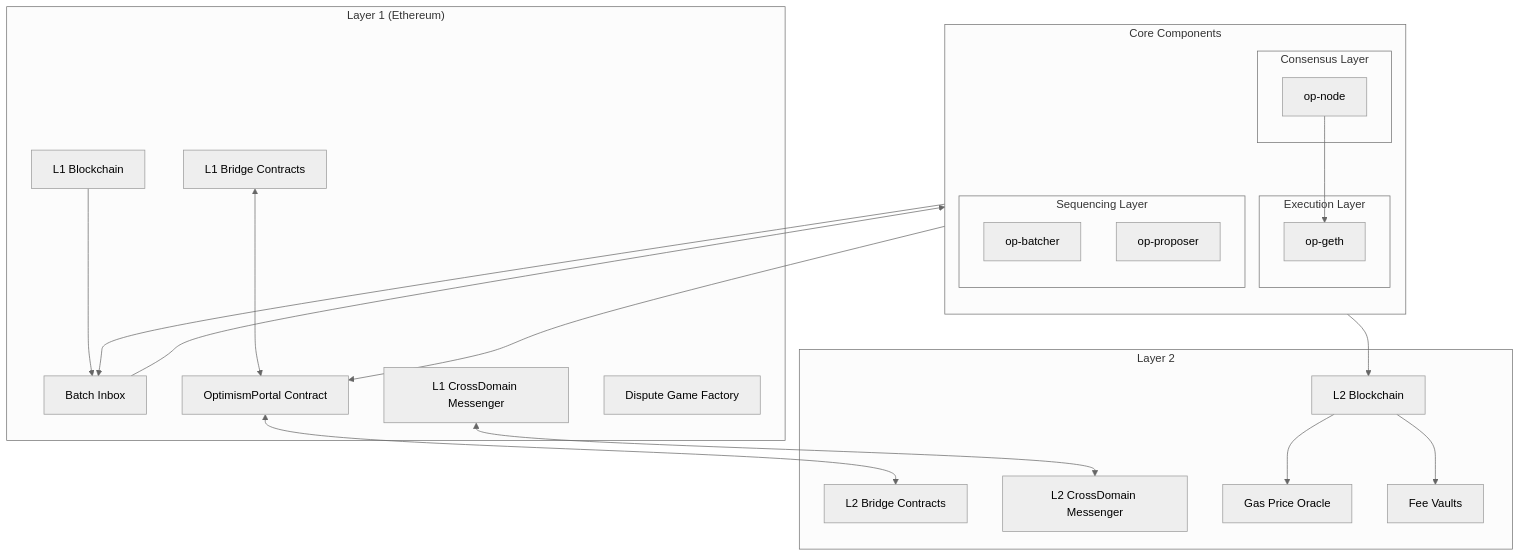
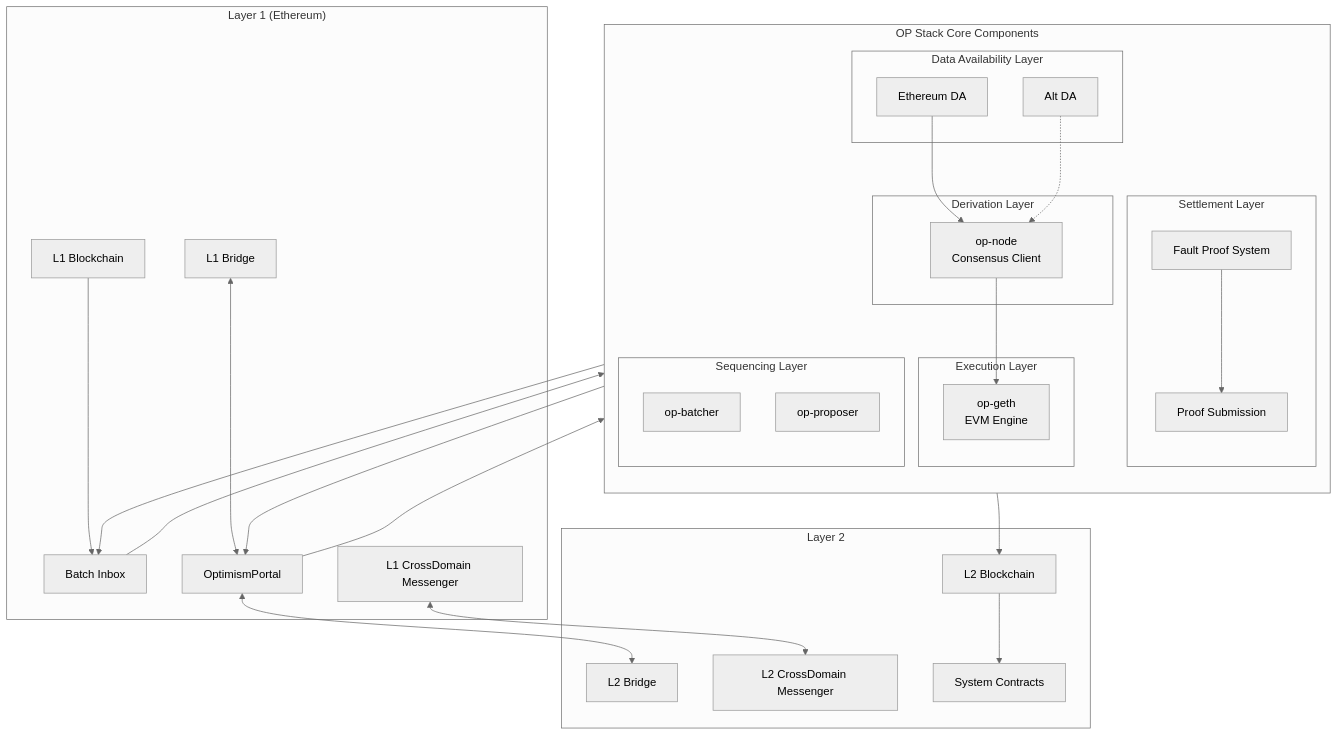
Before and after one commit to gmh5225/Optimism-Stack-Architecture: the diagram in README.md, drawn with Mermaid (neutral theme).

````diff
--- a/README.md
+++ b/README.md
@@ -4,52 +4,65 @@
 ```mermaid
 graph TB
     subgraph "Layer 1 (Ethereum)"
         L1[L1 Blockchain]
         BatchInbox[Batch Inbox]
-        Portal[OptimismPortal Contract]
-        L1Bridge[L1 Bridge Contracts]
-        L1Messenger[L1 CrossDomain Messenger]
-        DisputeGame[Dispute Game Factory]
+        Portal[OptimismPortal]
+        L1Bridge[L1 Bridge]
+        L1CrossDomain[L1 CrossDomain Messenger]
     end
 
-    subgraph "Core Components"
+    subgraph "OP Stack Core Components"
         direction TB
         
-        subgraph "Execution Layer"
-            OpGeth[op-geth]
+        subgraph "Data Availability Layer"
+            EthDA[Ethereum DA]
+            AltDA[Alt DA]
         end
         
-        subgraph "Consensus Layer"
-            OpNode[op-node]
+        subgraph "Derivation Layer"
+            OpNode[op-node<br/>Consensus Client]
         end
         
+        subgraph "Execution Layer"
+            OpGeth[op-geth<br/>EVM Engine]
+        end
+        
+        subgraph "Settlement Layer"
+            FaultProof[Fault Proof System]
+            ProofSubmission[Proof Submission]
+        end
+
         subgraph "Sequencing Layer"
             Batcher[op-batcher]
             Proposer[op-proposer]
         end
     end
 
     subgraph "Layer 2"
         L2[L2 Blockchain]
-        L2Bridge[L2 Bridge Contracts]
-        L2Messenger[L2 CrossDomain Messenger]
-        GasPriceOracle[Gas Price Oracle]
-        FeeVault[Fee Vaults]
+        L2Bridge[L2 Bridge]
+        L2CrossDomain[L2 CrossDomain Messenger]
+        Predeploys[System Contracts]
     end
 
     %% Connections
     L1 --> BatchInbox
     BatchInbox --> OpNode
     OpNode --> OpGeth
     OpGeth --> L2
     
     Batcher --> BatchInbox
     Proposer --> Portal
     
     L1Bridge <--> Portal
     Portal <--> L2Bridge
-    L1Messenger <--> L2Messenger
+    L1CrossDomain <--> L2CrossDomain
     
-    L2 --> GasPriceOracle
-    L2 --> FeeVault
+    EthDA --> OpNode
+    AltDA -.-> OpNode
+    
+    L2 --> Predeploys
+    
+    Portal --> FaultProof
+    FaultProof --> ProofSubmission
 ```
````
